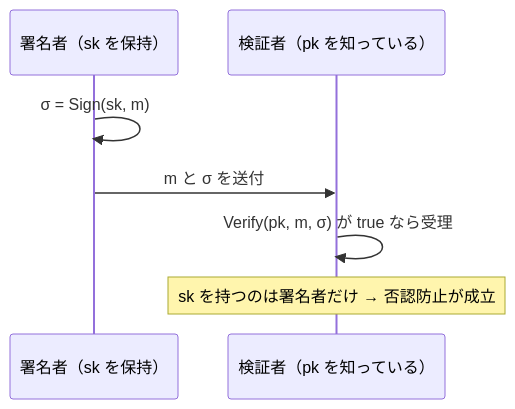
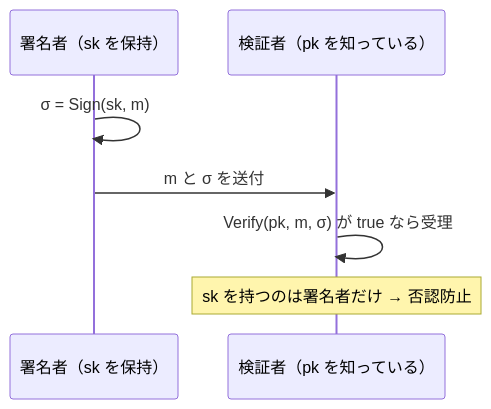
Before and after one commit to SomaTomita/sec-prep: the diagram in topics/02_cryptography/03_public-key-crypto/04_digital-signatures.md, drawn with Mermaid. The commit also changed other lines of this file and 8 other files, not shown here.

````diff
--- a/topics/02_cryptography/03_public-key-crypto/04_digital-signatures.md
+++ b/topics/02_cryptography/03_public-key-crypto/04_digital-signatures.md
@@ -30,9 +44,9 @@
 ```mermaid
 sequenceDiagram
     participant S as 署名者（sk を保持）
     participant V as 検証者（pk を知っている）
     S->>S: σ = Sign(sk, m)
     S->>V: m と σ を送付
     V->>V: Verify(pk, m, σ) が true なら受理
-    Note over V: sk を持つのは署名者だけ → 否認防止が成立
+    Note over V: sk を持つのは署名者だけ → 否認防止
 ```
````
